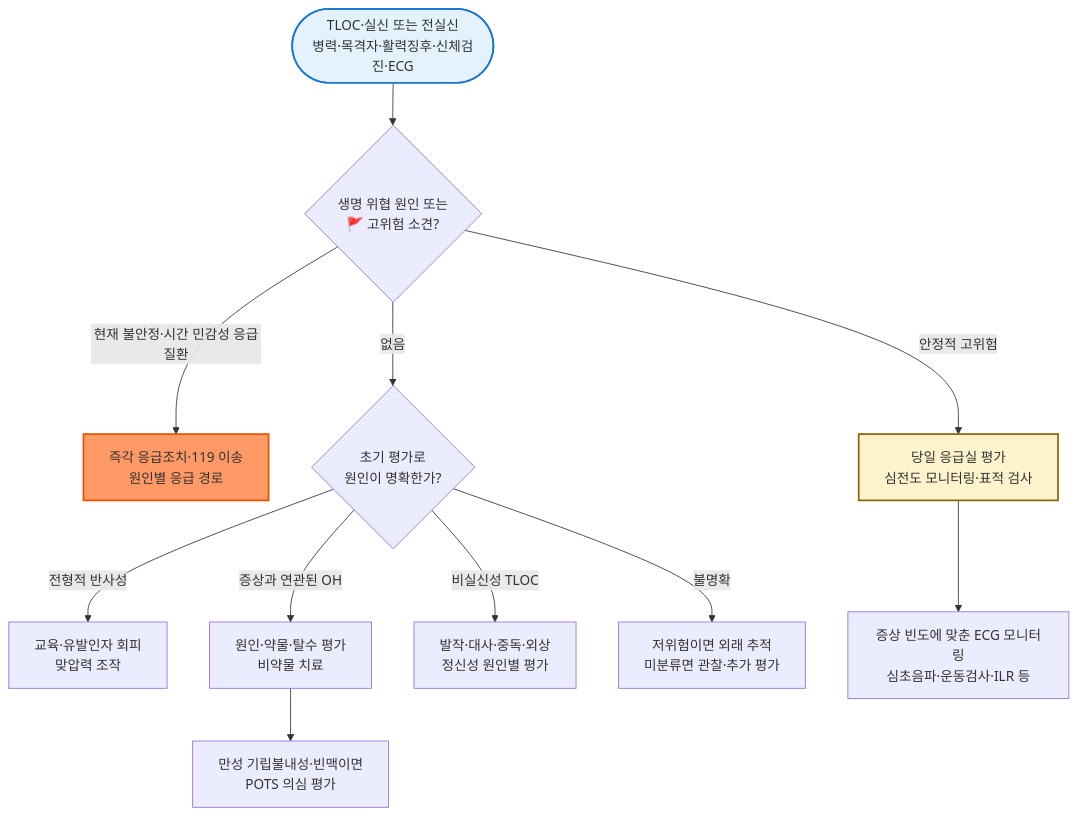
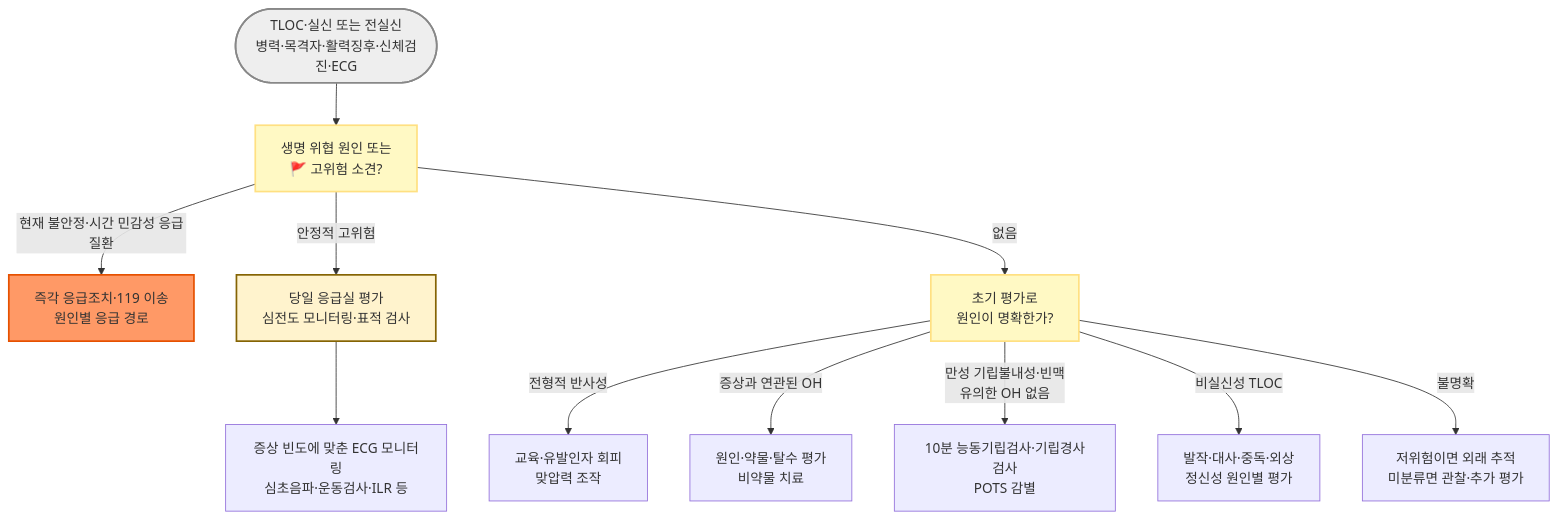
The diagram in 221_/021_-syncope.md (familyoh77/familyoh77), drawn with Mermaid before and after one commit. The commit also changed other lines of this file, not shown here.

````diff
--- a/221_/021_-syncope.md
+++ b/221_/021_-syncope.md
@@ -119,16 +120,18 @@
 ```mermaid
 graph TD
-    Start([TLOC·실신 또는 전실신<br/>병력·목격자·활력징후·신체검진·ECG]) --> S1{생명 위협 원인 또는<br/>🚩 고위험 소견?}
+    Start([TLOC·실신 또는 전실신<br/>병력·목격자·활력징후·신체검진·ECG]) --> S1["생명 위협 원인 또는<br/>🚩 고위험 소견?"]
     S1 -->|현재 불안정·시간 민감성 응급질환| Emergency[즉각 응급조치·119 이송<br/>원인별 응급 경로]
     S1 -->|안정적 고위험| High[당일 응급실 평가<br/>심전도 모니터링·표적 검사]
-    S1 -->|없음| S2{초기 평가로<br/>원인이 명확한가?}
+    S1 -->|없음| S2["초기 평가로<br/>원인이 명확한가?"]
     S2 -->|전형적 반사성| Reflex[교육·유발인자 회피<br/>맞압력 조작]
     S2 -->|증상과 연관된 OH| Orthostatic[원인·약물·탈수 평가<br/>비약물 치료]
+    S2 -->|만성 기립불내성·빈맥<br/>유의한 OH 없음| POTS[10분 능동기립검사·기립경사검사<br/>POTS 감별]
     S2 -->|비실신성 TLOC| Other[발작·대사·중독·외상<br/>정신성 원인별 평가]
     S2 -->|불명확| Observe[저위험이면 외래 추적<br/>미분류면 관찰·추가 평가]
-    Orthostatic --> POTS[만성 기립불내성·빈맥이면<br/>POTS 의심 평가]
     High --> Monitor[증상 빈도에 맞춘 ECG 모니터링<br/>심초음파·운동검사·ILR 등]
     style Emergency fill:#f96,stroke:#e65100,stroke-width:2px
     style High fill:#fff3cd,stroke:#856404,stroke-width:2px
-    style Start fill:#e3f2fd,stroke:#1976d2,stroke-width:2px
+    style Start fill:#eeeeee,stroke:#888888,stroke-width:2px
+    style S1 fill:#fff9c4,stroke:#ffe082,stroke-width:2px
+    style S2 fill:#fff9c4,stroke:#ffe082,stroke-width:2px
 ```
````
